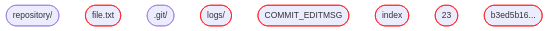
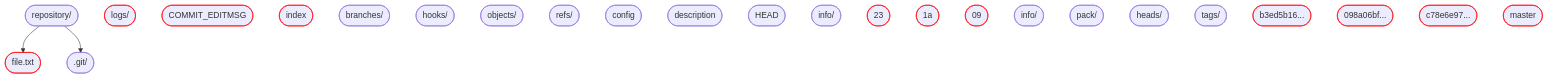
Before and after one commit to hpc2n/course-intro-git: the second of 26 diagrams in docs/basic-concepts.md, drawn with Mermaid. The commit also changed other lines of this file, not shown here.

Commit message:
Adding lecture 3

````diff
--- a/docs/basic-concepts.md
+++ b/docs/basic-concepts.md
@@ -113,17 +113,42 @@
 ```mermaid
 graph TD 
   A(["repository/"])
   B(["file.txt"]) 
   style B stroke:#FF0000
   C([".git/"])
   D(["logs/"]) 
   style D stroke:#FF0000
   E(["COMMIT_EDITMSG"])
   style E stroke:#FF0000
   F(["index"])
   style F stroke:#FF0000
-  G(["23"])
-  style G stroke:#FF0000
-  H(["b3ed5b16..."])
-  style H stroke:#FF0000
+  G(["branches/"])
+  H(["hooks/"])
+  I(["objects/"])
+  J(["refs/"])
+  K(["config"])
+  L(["description"])
+  M(["HEAD"])
+  N(["info/ "])
+  O(["23"])
+  style O stroke:#FF0000
+  P(["1a"])
+  style P stroke:#FF0000
+  Q(["09"])
+  style Q stroke:#FF0000
+  R(["info/ "])
+  S(["pack/"])
+  T(["heads/"])
+  U(["tags/"]) 
+  V(["b3ed5b16..."])
+  style V stroke:#FF0000
+  W(["098a06bf..."])
+  style W stroke:#FF0000
+  X(["c78e6e97..."])
+  style X stroke:#FF0000
+  Y(["master"])
+  style Y stroke:#FF0000
+ 
+  A --> B
+  A --> C
 ```
````
